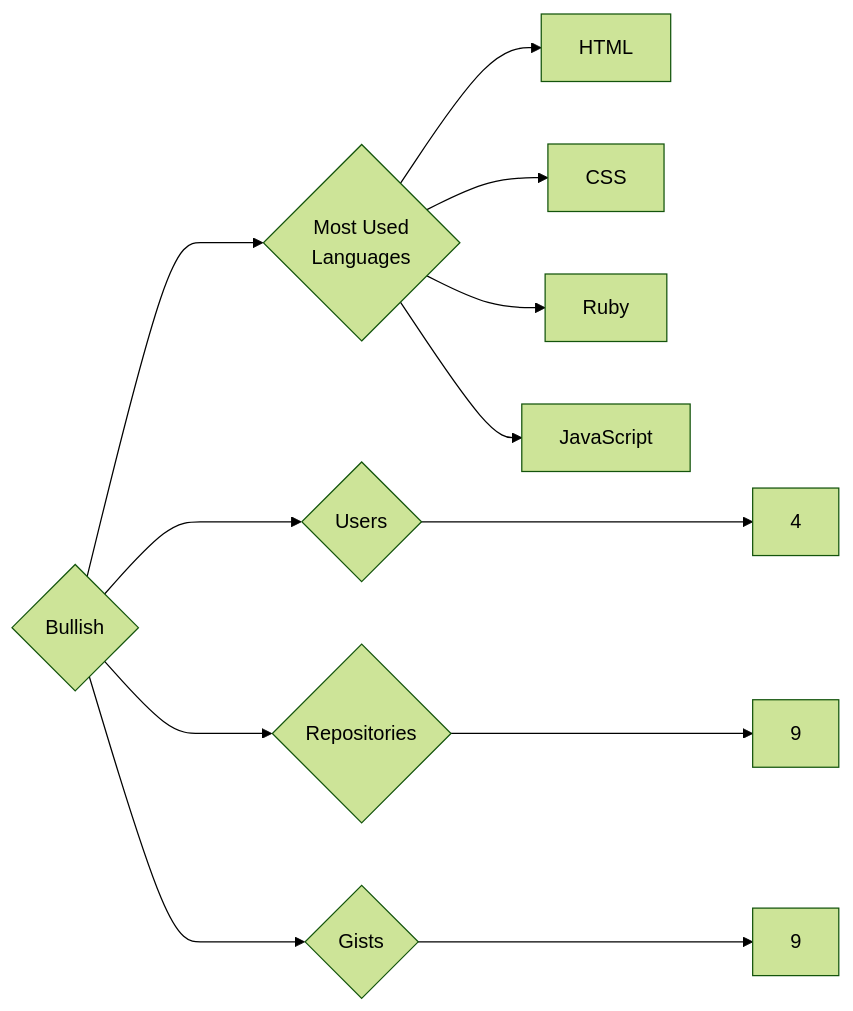
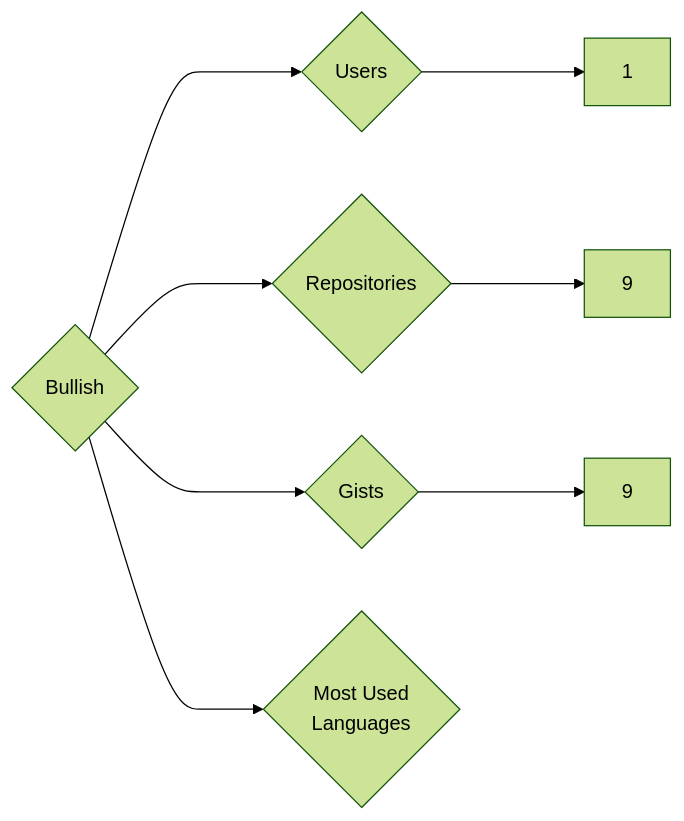
One commit to trickest/insiders changed the diagram in targets/Bullish/README.md. Above: the diagram before and after it, drawn with Mermaid (forest theme). The commit also changed 640 other files, not shown here.

````diff
--- a/targets/Bullish/README.md
+++ b/targets/Bullish/README.md
@@ -3,12 +3,8 @@
 ```mermaid
 graph LR
 COMPANY_NAME{Bullish}
-COMPANY_NAME ---> U{Users} ---> UN[4]
+COMPANY_NAME ---> U{Users} ---> UN[1]
 COMPANY_NAME ---> R{Repositories} ---> RN[9]
 COMPANY_NAME ---> G{Gists} ---> GN[9]
 COMPANY_NAME ---> ML{Most Used<br>Languages}
-ML --> HTML[HTML]
-ML --> CSS[CSS]
-ML --> Ruby[Ruby]
-ML --> JavaScript[JavaScript]
 ```
````
